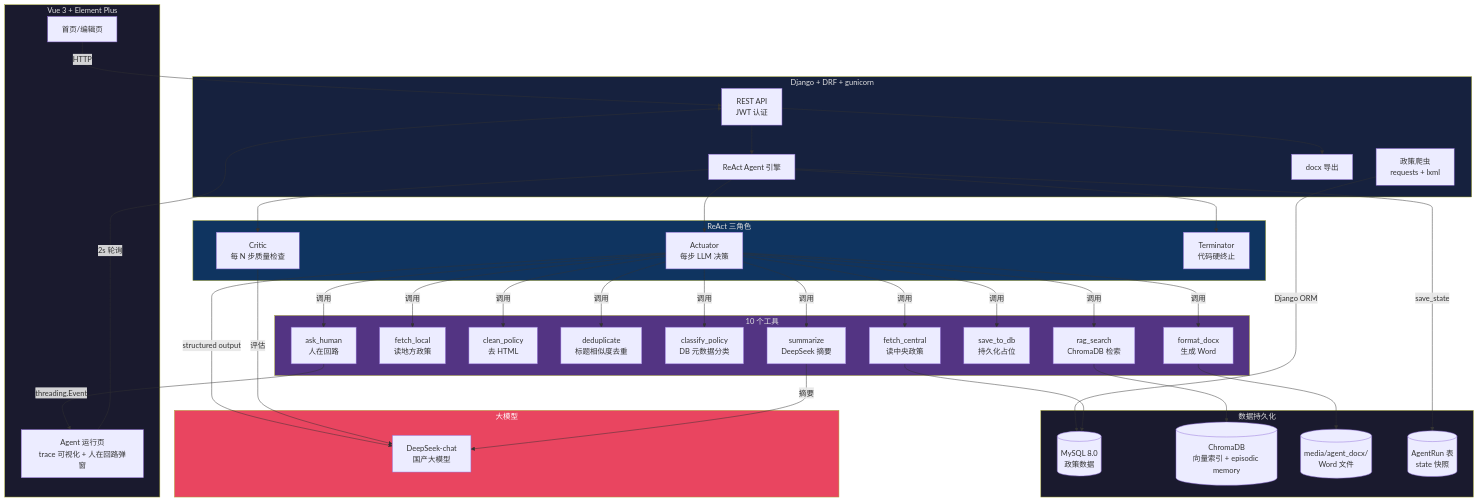
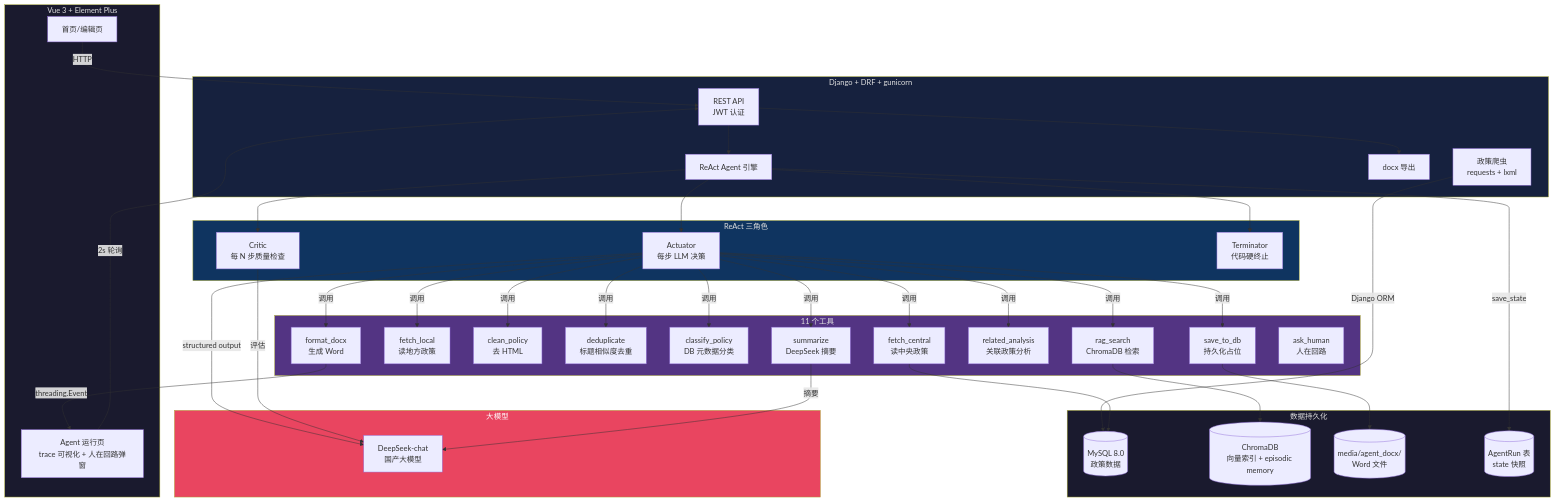
Before and after one commit to shirleyyshi/policy_reporter: the diagram in README.md, drawn with Mermaid. The commit also changed other lines of this file and 13 other files, not shown here.

````diff
--- a/README.md
+++ b/README.md
@@ -31,72 +31,73 @@
 ```mermaid
 graph TB
     subgraph 前端["Vue 3 + Element Plus"]
         UI[首页/编辑页]
         AgentUI[Agent 运行页<br/>trace 可视化 + 人在回路弹窗]
     end
 
     subgraph 后端["Django + DRF + gunicorn"]
         API[REST API<br/>JWT 认证]
         AgentEngine[ReAct Agent 引擎]
         Crawler[政策爬虫<br/>requests + lxml]
         Export[docx 导出]
     end
 
     subgraph Agent内核["ReAct 三角色"]
         Actuator[Actuator<br/>每步 LLM 决策]
         Critic[Critic<br/>每 N 步质量检查]
         Terminator[Terminator<br/>代码硬终止]
     end
 
-    subgraph 工具层["10 个工具"]
+    subgraph 工具层["11 个工具"]
         T1[fetch_central<br/>读中央政策]
         T2[fetch_local<br/>读地方政策]
         T3[clean_policy<br/>去 HTML]
         T4[deduplicate<br/>标题相似度去重]
         T5[classify_policy<br/>DB 元数据分类]
         T6[summarize<br/>DeepSeek 摘要]
         T7[rag_search<br/>ChromaDB 检索]
-        T8[save_to_db<br/>持久化占位]
-        T9[format_docx<br/>生成 Word]
-        T10[ask_human<br/>人在回路]
+        T8[related_analysis<br/>关联政策分析]
+        T9[save_to_db<br/>持久化占位]
+        T10[format_docx<br/>生成 Word]
+        T11[ask_human<br/>人在回路]
     end
 
     subgraph 数据层["数据持久化"]
         MySQL[(MySQL 8.0<br/>政策数据)]
         Chroma[(ChromaDB<br/>向量索引 + episodic memory)]
         Docx[(media/agent_docx/<br/>Word 文件)]
         AgentRun[(AgentRun 表<br/>state 快照)]
     end
 
     subgraph LLM["大模型"]
         DeepSeek[DeepSeek-chat<br/>国产大模型]
     end
 
     UI -->|HTTP| API
     AgentUI -->|2s 轮询| API
     API --> AgentEngine
     API --> Export
     Crawler -->|Django ORM| MySQL
 
     AgentEngine --> Actuator
     AgentEngine --> Critic
     AgentEngine --> Terminator
 
     Actuator -->|调用| T1 & T2 & T3 & T4 & T5 & T6 & T7 & T8 & T9 & T10
     Actuator -->|structured output| DeepSeek
     Critic -->|评估| DeepSeek
     T6 -->|摘要| DeepSeek
 
     T1 --> MySQL
     T7 --> Chroma
     T9 --> Docx
     AgentEngine -->|save_state| AgentRun
     T10 -->|threading.Event| AgentUI
 
     style 前端 fill:#1a1a2e,color:#e0e0e0
     style 后端 fill:#16213e,color:#e0e0e0
     style Agent内核 fill:#0f3460,color:#e0e0e0
     style 工具层 fill:#533483,color:#e0e0e0
     style 数据层 fill:#1a1a2e,color:#e0e0e0
     style LLM fill:#e94560,color:#ffffff
 ```
````
